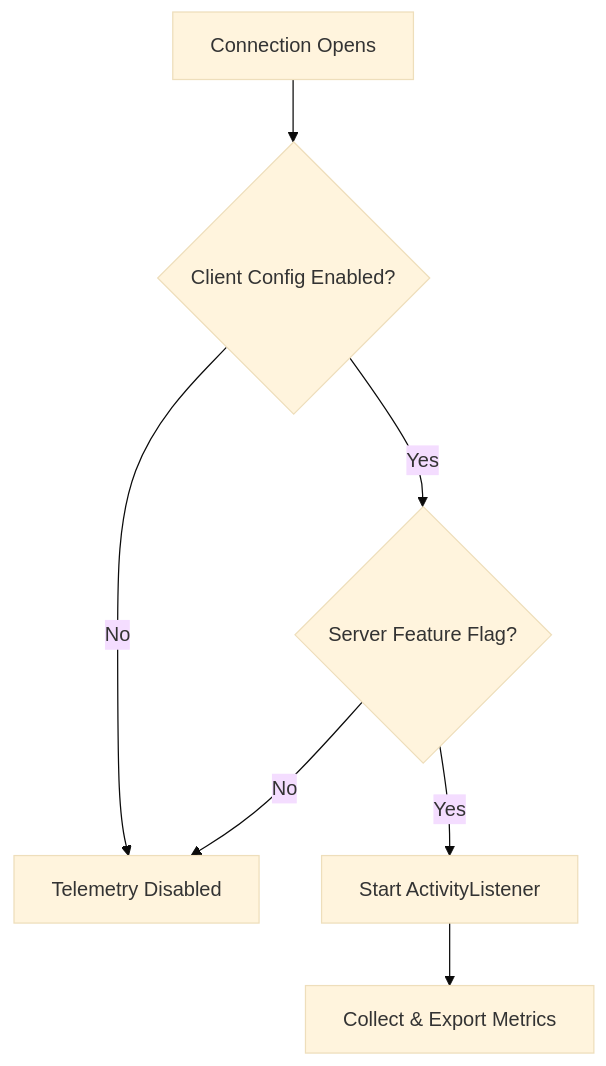
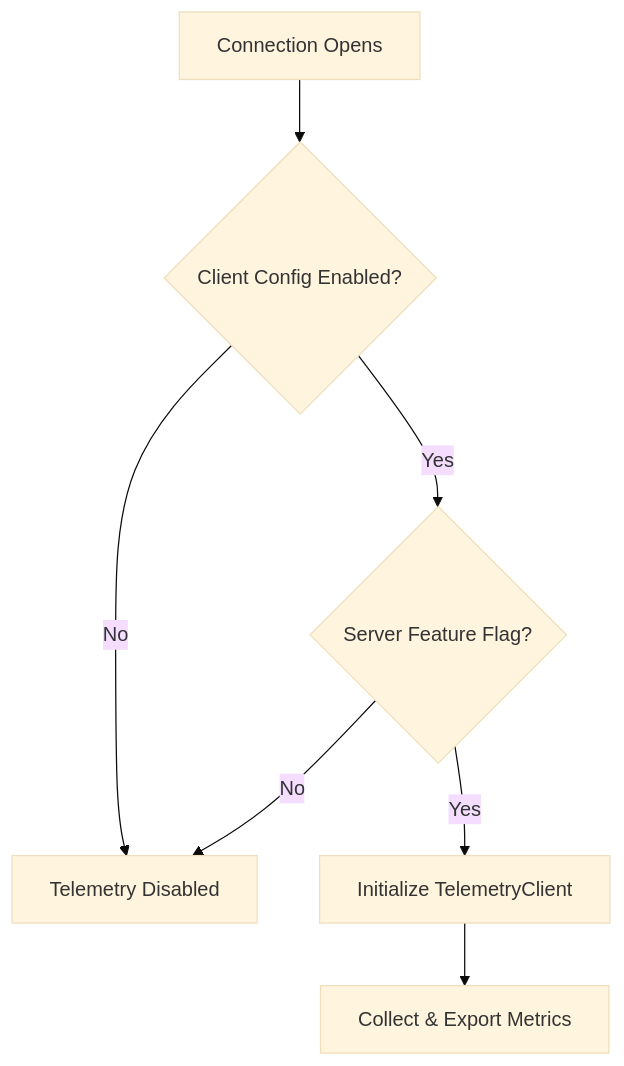
Diagram 16 of 18 in csharp/doc/telemetry-design.md (adbc-drivers/databricks), drawn with Mermaid (base theme) before and after one commit. The commit also changed other lines of this file and 3 other files, not shown here.

````diff
--- a/csharp/doc/telemetry-design.md
+++ b/csharp/doc/telemetry-design.md
@@ -1471,9 +1867,9 @@
 ```mermaid
 flowchart TD
     A[Connection Opens] --> B{Client Config Enabled?}
     B -->|No| C[Telemetry Disabled]
     B -->|Yes| D{Server Feature Flag?}
     D -->|No| C
-    D -->|Yes| E[Start ActivityListener]
+    D -->|Yes| E[Initialize TelemetryClient]
     E --> F[Collect & Export Metrics]
 ```
````
